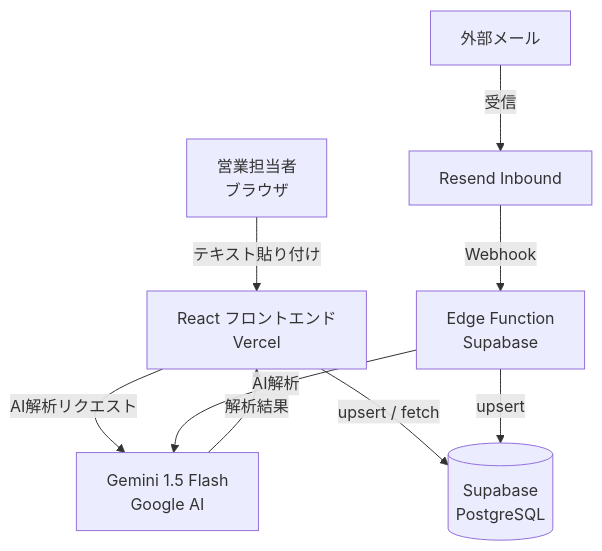
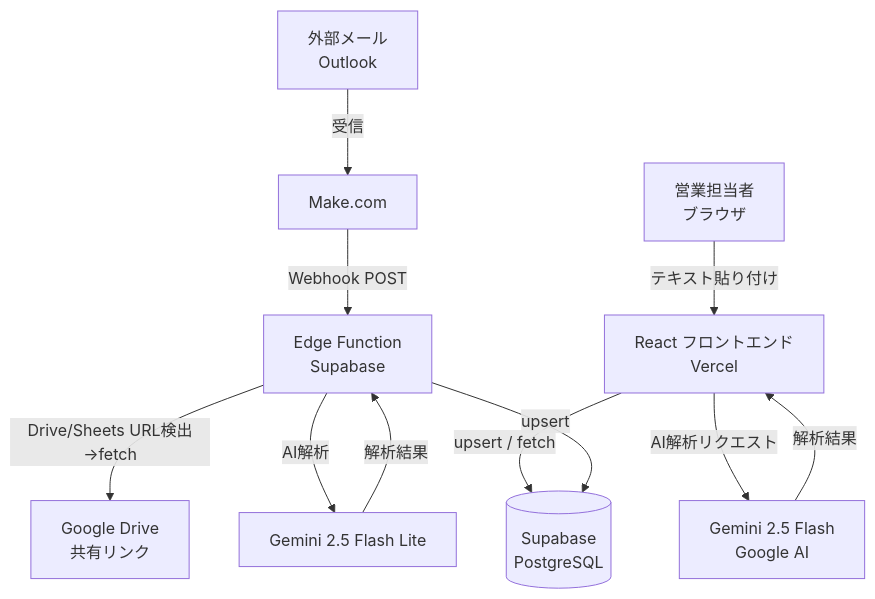
The diagram in README.md (kzmiyamura/akinavi-hr-ai-aws), drawn with Mermaid before and after one commit. The commit also changed other lines of this file, not shown here.

````diff
--- a/README.md
+++ b/README.md
@@ -10,11 +10,13 @@
 ```mermaid
 flowchart TD
     A[営業担当者\nブラウザ] -->|テキスト貼り付け| B[React フロントエンド\nVercel]
-    B -->|AI解析リクエスト| C[Gemini 1.5 Flash\nGoogle AI]
+    B -->|AI解析リクエスト| C[Gemini 2.5 Flash\nGoogle AI]
     C -->|解析結果| B
     B -->|upsert / fetch| D[(Supabase\nPostgreSQL)]
-    E[外部メール] -->|受信| F[Resend Inbound]
-    F -->|Webhook| G[Edge Function\nSupabase]
-    G -->|AI解析| C
+    E[外部メール\nOutlook] -->|受信| F[Make.com]
+    F -->|Webhook POST| G[Edge Function\nSupabase]
+    G -->|Drive/Sheets URL検出→fetch| H[Google Drive\n共有リンク]
+    G -->|AI解析| I[Gemini 2.5 Flash Lite]
+    I -->|解析結果| G
     G -->|upsert| D
 ```
````
